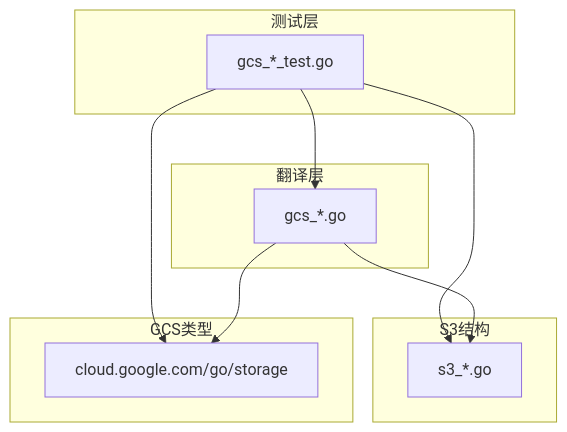
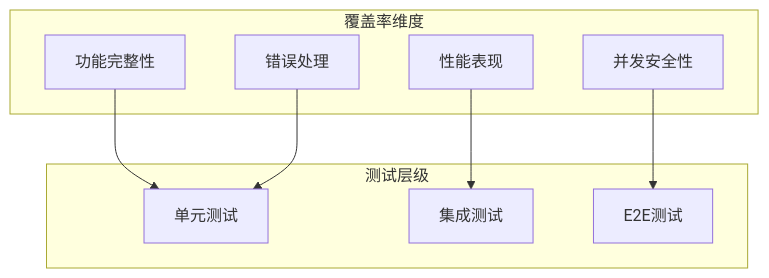
The fourth of 4 diagrams in .qoder/repowiki/zh/content/测试策略/单元测试.md (flying1574/S3Proxy4GCS), drawn with Mermaid before and after one commit. The commit also changed other lines of this file and 6 other files, not shown here.

````diff
--- a/.qoder/repowiki/zh/content/测试策略/单元测试.md
+++ b/.qoder/repowiki/zh/content/测试策略/单元测试.md
@@ -342,20 +217,18 @@
 ```mermaid
 graph TB
-subgraph "测试层"
-TC["gcs_*_test.go"]
+subgraph "覆盖率维度"
+A["功能完整性"]
+B["性能表现"]
+C["并发安全性"]
+D["错误处理"]
 end
-subgraph "翻译层"
-TG["gcs_*.go"]
+subgraph "测试层级"
+E["单元测试"]
+F["集成测试"]
+G["E2E测试"]
 end
-subgraph "S3结构"
-S3["s3_*.go"]
-end
-subgraph "GCS类型"
-GCS["cloud.google.com/go/storage"]
-end
-TC --> S3
-TC --> GCS
-TC --> TG
-TG --> S3
-TG --> GCS
+A --> E
+B --> F
+C --> G
+D --> E
 ```
````
